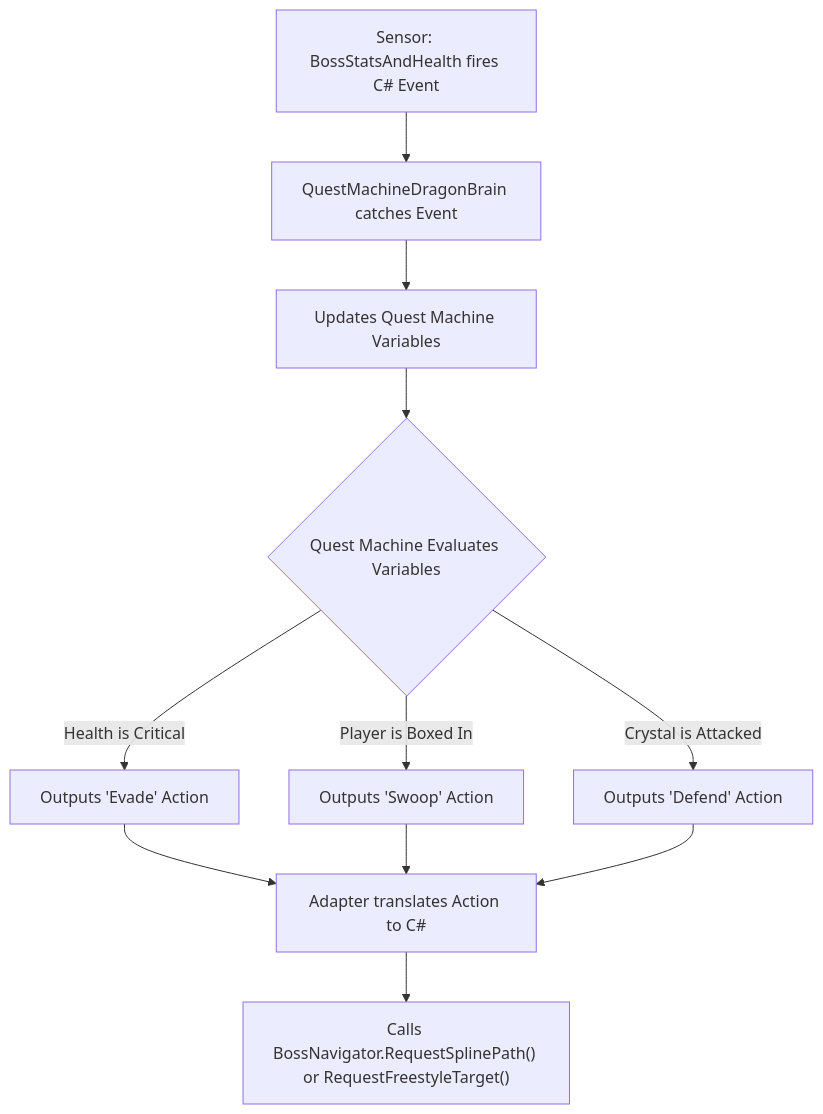
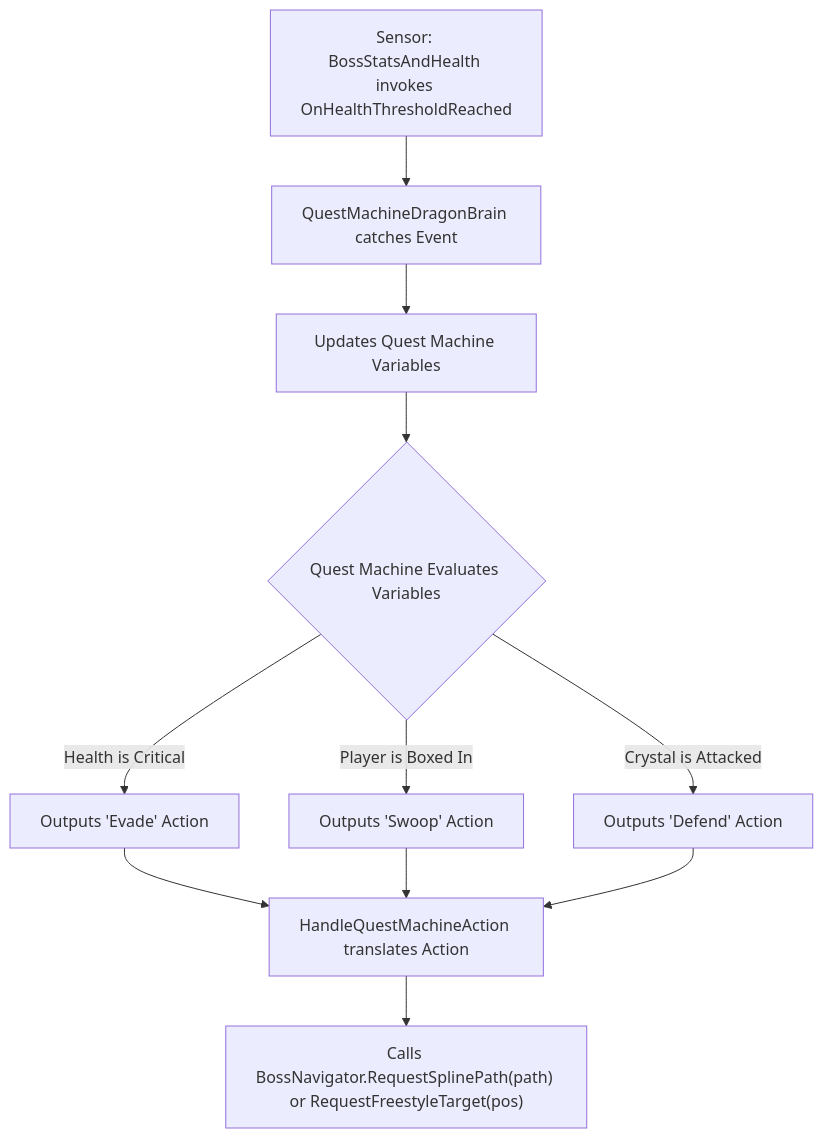
The first of 4 diagrams in Dragon_Code_Overview.md (NatalieC001/ObiRopeTest), drawn with Mermaid before and after one commit. The commit also changed other lines of this file, not shown here.

First line of the commit message:
docs: update Mermaid flowcharts to reference explicit C# methods

````diff
--- a/Dragon_Code_Overview.md
+++ b/Dragon_Code_Overview.md
@@ -23,16 +23,16 @@
 ```mermaid
 graph TD
-    Data[Sensor: BossStatsAndHealth fires C# Event] --> Adapter[QuestMachineDragonBrain catches Event]
+    Data[Sensor: BossStatsAndHealth invokes OnHealthThresholdReached] --> Adapter[QuestMachineDragonBrain catches Event]
     Adapter --> QM[Updates Quest Machine Variables]
     QM --> Evaluate{Quest Machine Evaluates Variables}
 
     Evaluate -- Health is Critical --> Evade[Outputs 'Evade' Action]
     Evaluate -- Player is Boxed In --> Swoop[Outputs 'Swoop' Action]
     Evaluate -- Crystal is Attacked --> Defend[Outputs 'Defend' Action]
 
-    Evade --> Execute[Adapter translates Action to C#]
+    Evade --> Execute[HandleQuestMachineAction translates Action]
     Swoop --> Execute
     Defend --> Execute
 
-    Execute --> Motor["Calls BossNavigator.RequestSplinePath() or RequestFreestyleTarget()"]
+    Execute --> Motor["Calls BossNavigator.RequestSplinePath(path) or RequestFreestyleTarget(pos)"]
 ```
````
